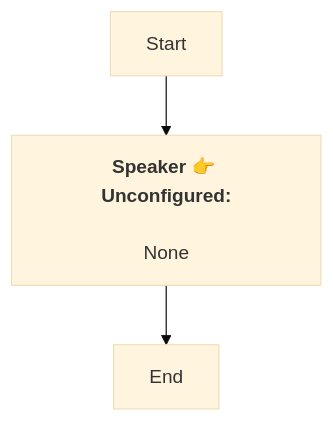
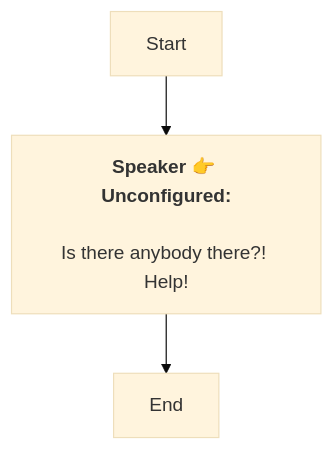
The diagram in En/Dialog_55003939917700.md (SoftHu/tos_avg), drawn with Mermaid (base theme) before and after one commit. The commit also changed 297 other files, not shown here.

````diff
--- a/En/Dialog_55003939917700.md
+++ b/En/Dialog_55003939917700.md
@@ -1,8 +1,9 @@
 ```mermaid
 graph
 Start -->1760126092401287[<b>Speaker 👉 Unconfigured:</b>
 
-None]
+Is there anybody there?! 
+Help!]
 1760126092401287 -->1760126094372488[End]
 
  ```
````
